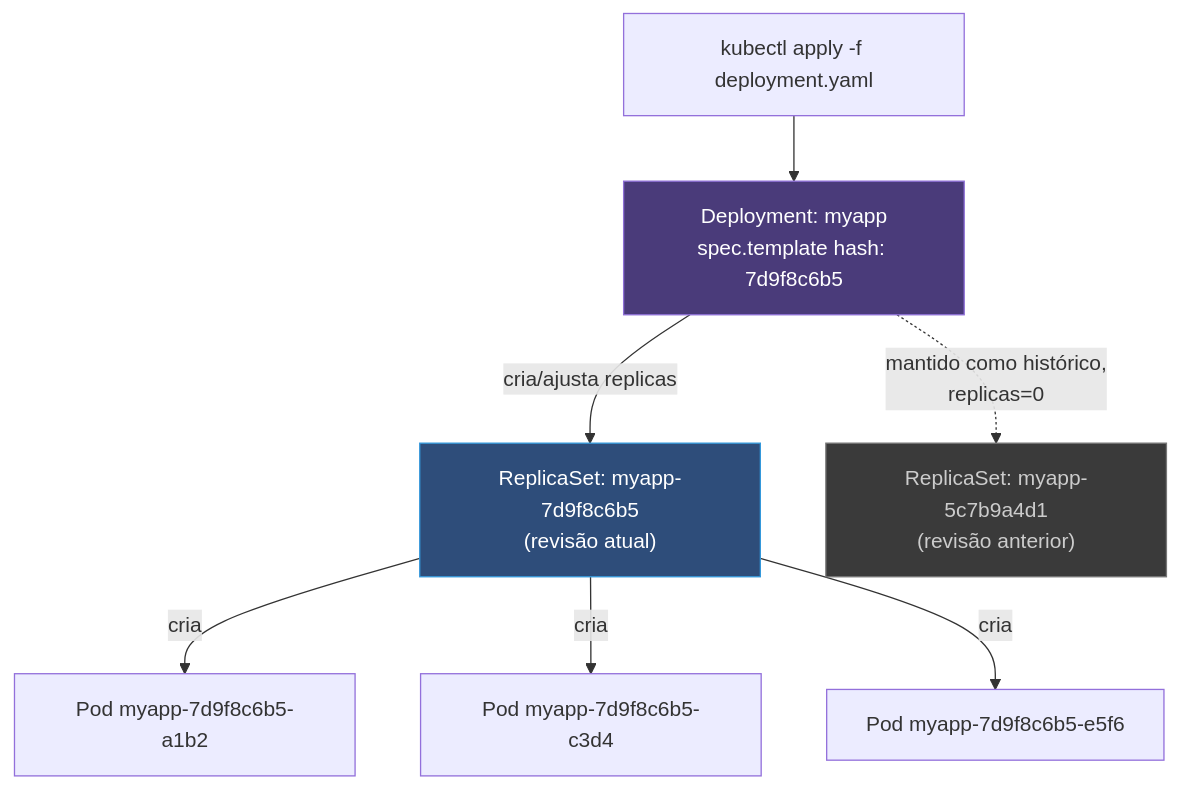
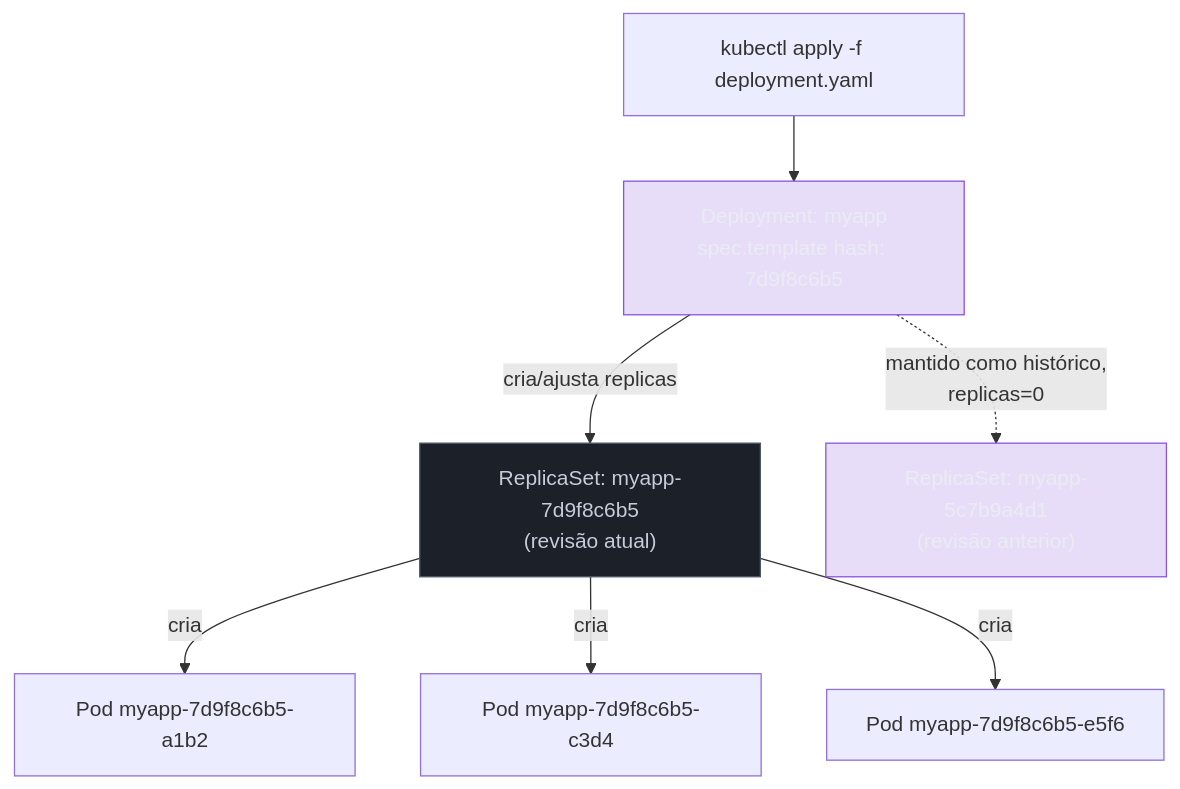
One commit to josenaldo/codex-technomanticus changed the third of 3 diagrams in 03-Dominios/Tecnologia/Infraestrutura/Kubernetes/04 - Deployment e ReplicaSet.md. Above: the diagram before and after it, drawn with Mermaid. The commit also changed other lines of this file and 1181 other files, not shown here.

First line of the commit message:
fix(diagramas): paleta do sistema no lugar de cor cravada no markdown

````diff
--- a/03-Dominios/Tecnologia/Infraestrutura/Kubernetes/04 - Deployment e ReplicaSet.md
+++ b/03-Dominios/Tecnologia/Infraestrutura/Kubernetes/04 - Deployment e ReplicaSet.md
@@ -348,13 +350,15 @@
 ```mermaid
 graph TB
+    classDef marca fill:#8855DF33,stroke:#8855DF,color:#E9ECF2
+    classDef neutro fill:#1B2029,stroke:#4E5666,color:#C6CCD8
     U["kubectl apply -f deployment.yaml"] --> D["Deployment: myapp<br/>spec.template hash: 7d9f8c6b5"]
     D -->|"cria/ajusta replicas"| RS1["ReplicaSet: myapp-7d9f8c6b5<br/>(revisão atual)"]
     D -.->|"mantido como histórico,<br/>replicas=0"| RS0["ReplicaSet: myapp-5c7b9a4d1<br/>(revisão anterior)"]
     RS1 -->|"cria"| P1["Pod myapp-7d9f8c6b5-a1b2"]
     RS1 -->|"cria"| P2["Pod myapp-7d9f8c6b5-c3d4"]
     RS1 -->|"cria"| P3["Pod myapp-7d9f8c6b5-e5f6"]
 
-    style D fill:#4a3b7a,stroke:#8e6fd6,color:#fff
-    style RS1 fill:#2e4d7a,stroke:#3498db,color:#fff
-    style RS0 fill:#3a3a3a,stroke:#777,color:#ccc
+    class D marca
+    class RS1 neutro
+    class RS0 marca
 ```
````
